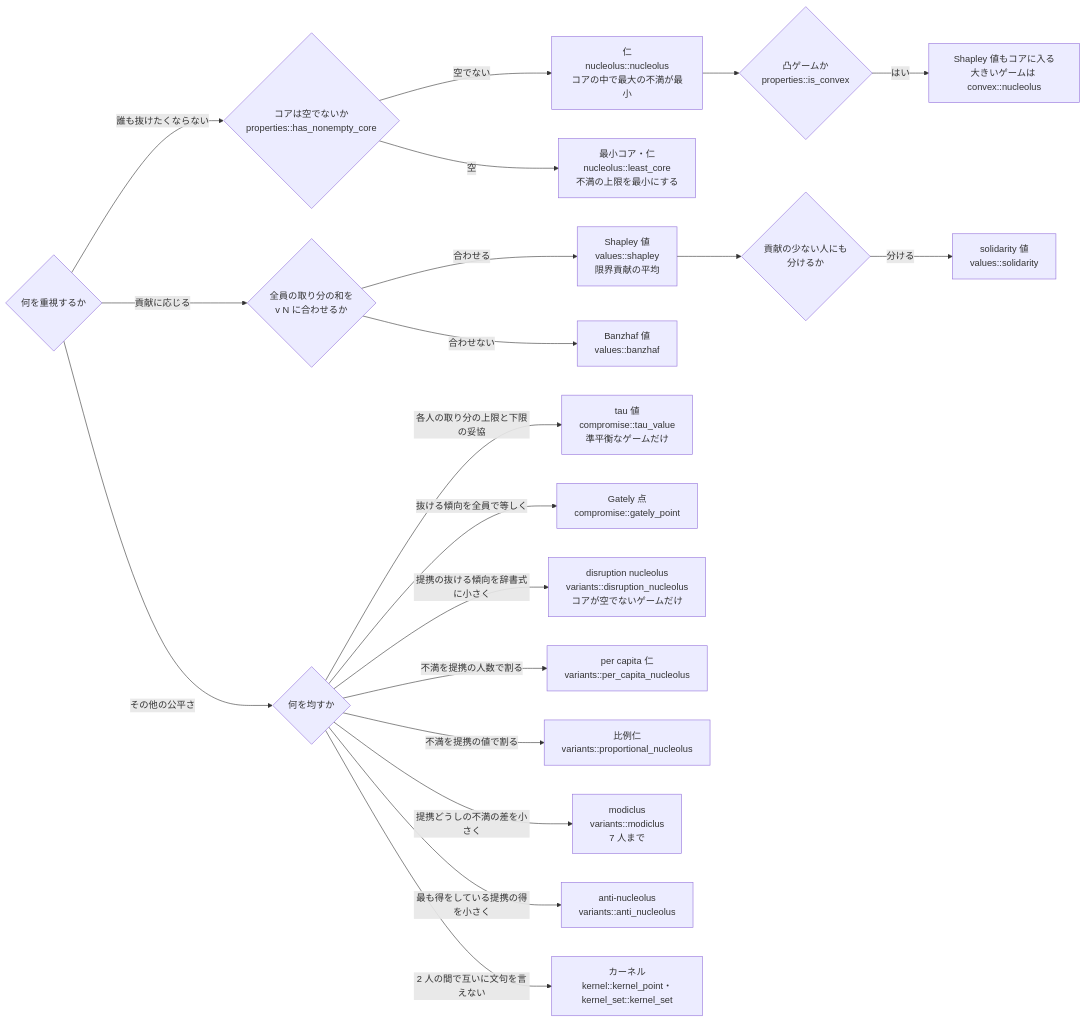
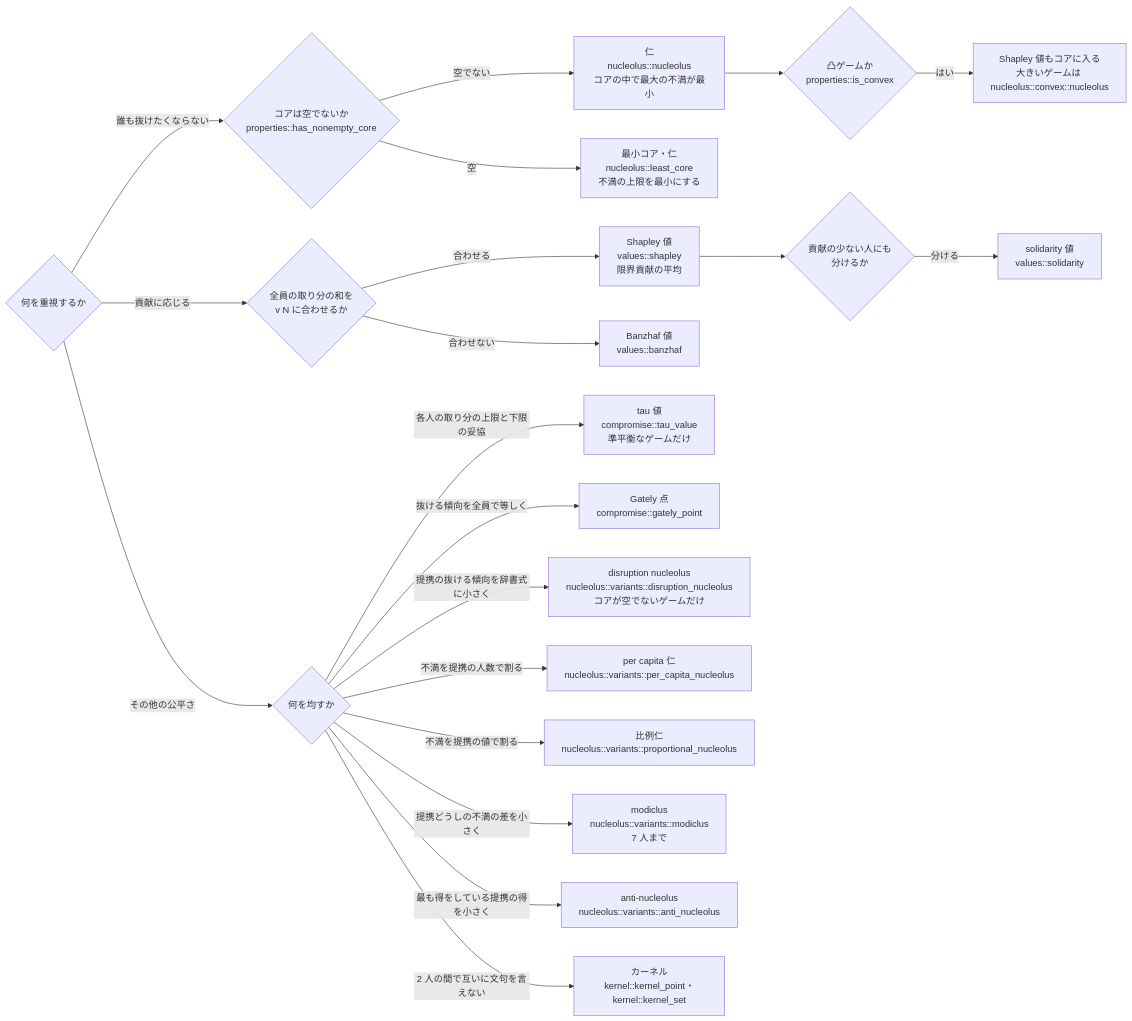
Before and after one commit to matsu7874/coopgame: the second of 3 diagrams in docs/choosing.md, drawn with Mermaid. The commit also changed other lines of this file and 115 other files, not shown here.

````diff
--- a/docs/choosing.md
+++ b/docs/choosing.md
@@ -26,24 +26,24 @@
 ```mermaid
 flowchart LR
     q{何を重視するか} -->|誰も抜けたくならない| core{コアは空でないか<br>properties::has_nonempty_core}
     core -->|空でない| nuc[仁<br>nucleolus::nucleolus<br>コアの中で最大の不満が最小]
     core -->|空| lc[最小コア・仁<br>nucleolus::least_core<br>不満の上限を最小にする]
     nuc --> convex{凸ゲームか<br>properties::is_convex}
-    convex -->|はい| shapcore[Shapley 値もコアに入る<br>大きいゲームは convex::nucleolus]
+    convex -->|はい| shapcore[Shapley 値もコアに入る<br>大きいゲームは nucleolus::convex::nucleolus]
 
     q -->|貢献に応じる| c1{全員の取り分の和を<br>v N に合わせるか}
     c1 -->|合わせる| shap[Shapley 値<br>values::shapley<br>限界貢献の平均]
     c1 -->|合わせない| banz[Banzhaf 値<br>values::banzhaf]
     shap --> c2{貢献の少ない人にも<br>分けるか}
     c2 -->|分ける| sol[solidarity 値<br>values::solidarity]
 
     q -->|その他の公平さ| o1{何を均すか}
     o1 -->|各人の取り分の上限と下限の妥協| tau[tau 値<br>compromise::tau_value<br>準平衡なゲームだけ]
     o1 -->|抜ける傾向を全員で等しく| gately[Gately 点<br>compromise::gately_point]
-    o1 -->|提携の抜ける傾向を辞書式に小さく| disr[disruption nucleolus<br>variants::disruption_nucleolus<br>コアが空でないゲームだけ]
-    o1 -->|不満を提携の人数で割る| pc[per capita 仁<br>variants::per_capita_nucleolus]
-    o1 -->|不満を提携の値で割る| prop[比例仁<br>variants::proportional_nucleolus]
-    o1 -->|提携どうしの不満の差を小さく| modi[modiclus<br>variants::modiclus<br>7 人まで]
-    o1 -->|最も得をしている提携の得を小さく| anti[anti-nucleolus<br>variants::anti_nucleolus]
-    o1 -->|2 人の間で互いに文句を言えない| ker[カーネル<br>kernel::kernel_point・kernel_set::kernel_set]
+    o1 -->|提携の抜ける傾向を辞書式に小さく| disr[disruption nucleolus<br>nucleolus::variants::disruption_nucleolus<br>コアが空でないゲームだけ]
+    o1 -->|不満を提携の人数で割る| pc[per capita 仁<br>nucleolus::variants::per_capita_nucleolus]
+    o1 -->|不満を提携の値で割る| prop[比例仁<br>nucleolus::variants::proportional_nucleolus]
+    o1 -->|提携どうしの不満の差を小さく| modi[modiclus<br>nucleolus::variants::modiclus<br>7 人まで]
+    o1 -->|最も得をしている提携の得を小さく| anti[anti-nucleolus<br>nucleolus::variants::anti_nucleolus]
+    o1 -->|2 人の間で互いに文句を言えない| ker[カーネル<br>kernel::kernel_point・kernel::kernel_set]
 ```
````
